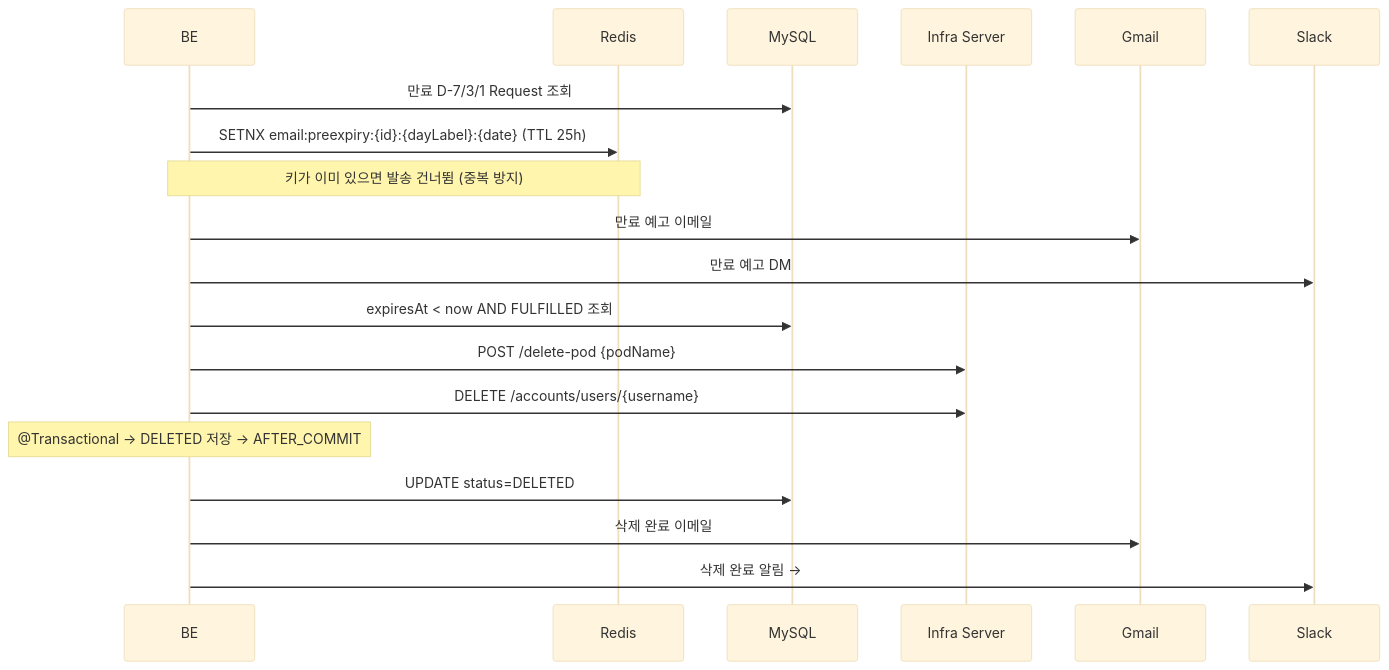
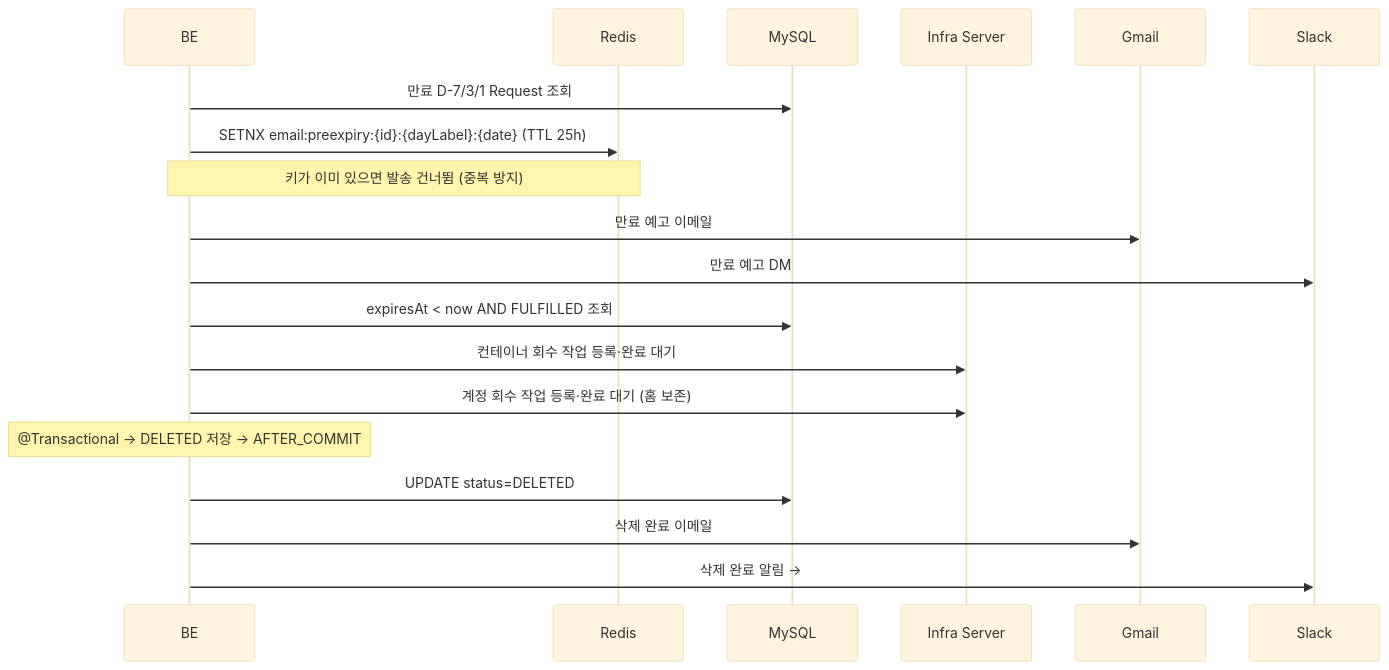
The ninth of 15 diagrams in md/backend/시스템-아키텍처.md (CSID-DGU/admin_wiki), drawn with Mermaid (base theme) before and after one commit. The commit also changed other lines of this file and 10 other files, not shown here.

````diff
--- a/md/backend/시스템-아키텍처.md
+++ b/md/backend/시스템-아키텍처.md
@@ -199,23 +205,23 @@
 ```mermaid
 sequenceDiagram
     participant BE as BE
     participant Redis as Redis
     participant MySQL as MySQL
     participant Infra as Infra Server
     participant Gmail as Gmail
     participant Slack as Slack
 
     BE->>MySQL: 만료 D-7/3/1 Request 조회
     BE->>Redis: SETNX email:preexpiry:{id}:{dayLabel}:{date} (TTL 25h)
     Note over BE,Redis: 키가 이미 있으면 발송 건너뜀 (중복 방지)
     BE->>Gmail: 만료 예고 이메일
     BE->>Slack: 만료 예고 DM
 
     BE->>MySQL: expiresAt < now AND FULFILLED 조회
-    BE->>Infra: POST /delete-pod {podName}
-    BE->>Infra: DELETE /accounts/users/{username}
+    BE->>Infra: 컨테이너 회수 작업 등록·완료 대기
+    BE->>Infra: 계정 회수 작업 등록·완료 대기 (홈 보존)
     Note over BE: @Transactional → DELETED 저장 → AFTER_COMMIT
     BE->>MySQL: UPDATE status=DELETED
     BE->>Gmail: 삭제 완료 이메일
     BE->>Slack: 삭제 완료 알림 → #farm-admin / #lab-admin
 ```
````
